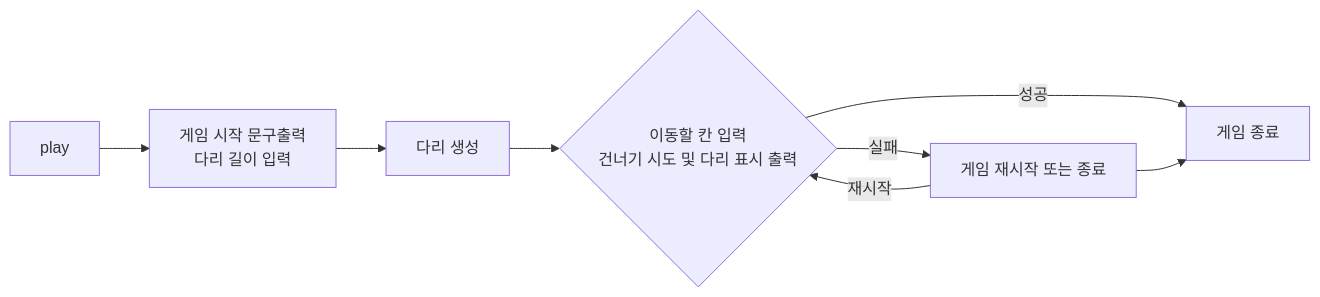
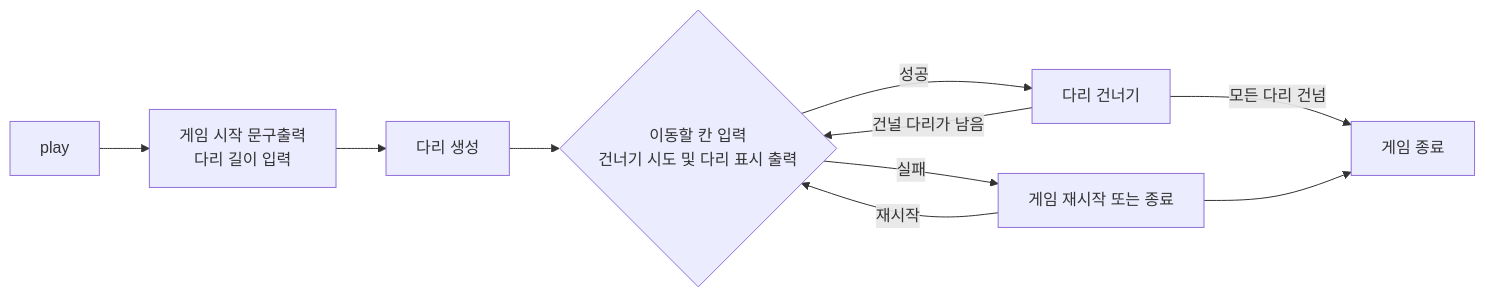
The diagram in docs/README.md (hyuntohoon/javascript-bridge), drawn with Mermaid before and after one commit. The commit also changed other lines of this file, not shown here.

````diff
--- a/docs/README.md
+++ b/docs/README.md
@@ -3,11 +3,14 @@
 ```mermaid
   flowchart LR;
     A[play]-->B[게임 시작 문구출력\n다리 길이 입력];
     B-->O[다리 생성]
     O-->C[다리 길이 입력];
-    C{이동할 칸 입력\n건너기 시도 및 다리 표시 출력} -->|성공| G;
+    C{이동할 칸 입력\n건너기 시도 및 다리 표시 출력} -->|성공| P;
+    P[다리 건너기]
+    P-->|건널 다리가 남음|C
+    P -->|모든 다리 건넘| G
     C -->|실패| F;
     F[게임 재시작 또는 종료]-->|재시작| C;
     F-->G;
     G[게임 종료]
 ```
````
